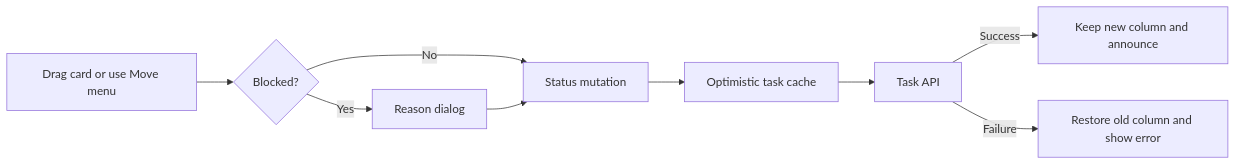
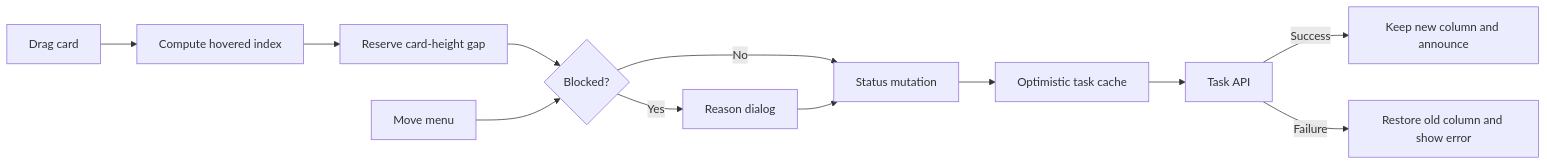
The diagram in docs/features/work-tracker-kanban/optimization.md (may24fc/sn-connect-app), drawn with Mermaid before and after one commit. The commit also changed other lines of this file and 13 other files, not shown here.

````diff
--- a/docs/features/work-tracker-kanban/optimization.md
+++ b/docs/features/work-tracker-kanban/optimization.md
@@ -16,11 +16,14 @@
 ```mermaid
 flowchart LR
-    A[Drag card or use Move menu] --> B{Blocked?}
+    A[Drag card] --> I[Compute hovered index]
+    I --> J[Reserve card-height gap]
+    J --> B{Blocked?}
+    K[Move menu] --> B
     B -- Yes --> C[Reason dialog]
     B -- No --> D[Status mutation]
     C --> D
     D --> E[Optimistic task cache]
     E --> F[Task API]
     F -- Success --> G[Keep new column and announce]
     F -- Failure --> H[Restore old column and show error]
 ```
````
